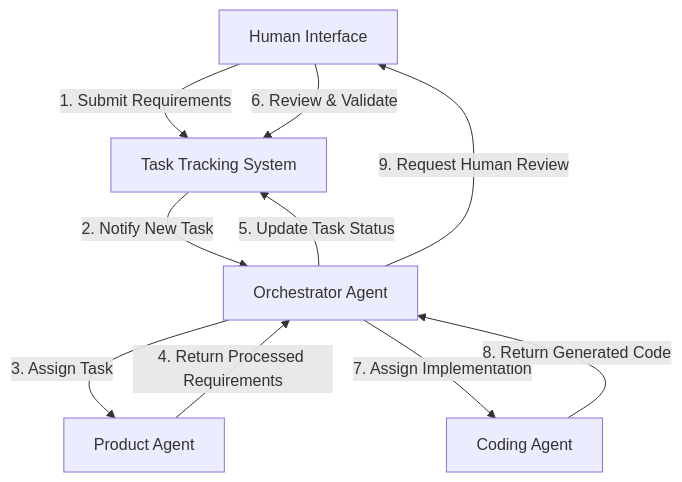
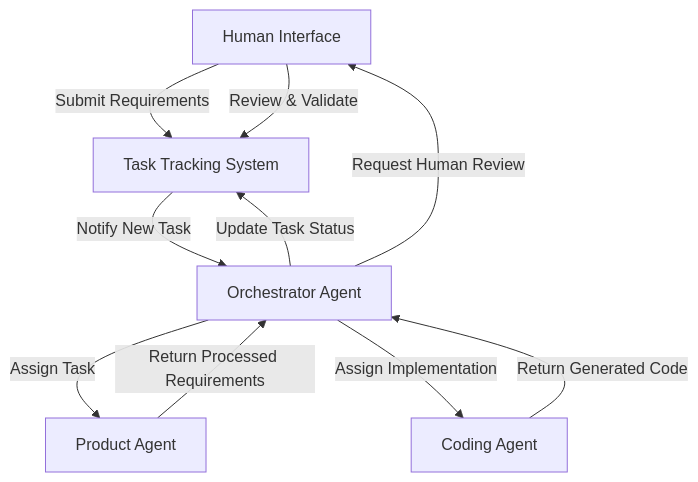
Before and after one commit to kgatilin/aihive: the first of 3 diagrams in docs/arch/component_architecture.md, drawn with Mermaid.

Commit message:
Remove numbers from mermaid diagram labels to fix rendering issues

````diff
--- a/docs/arch/component_architecture.md
+++ b/docs/arch/component_architecture.md
@@ -11,18 +11,18 @@
 ```mermaid
 graph TD
     HI[Human Interface]
     TTS[Task Tracking System]
     OA[Orchestrator Agent]
     PA[Product Agent]
     CA[Coding Agent]
     
-    HI -->|1. Submit Requirements| TTS
-    TTS -->|2. Notify New Task| OA
-    OA -->|3. Assign Task| PA
-    PA -->|4. Return Processed Requirements| OA
-    OA -->|5. Update Task Status| TTS
-    HI -->|6. Review & Validate| TTS
-    OA -->|7. Assign Implementation| CA
-    CA -->|8. Return Generated Code| OA
-    OA -->|9. Request Human Review| HI
+    HI -->|Submit Requirements| TTS
+    TTS -->|Notify New Task| OA
+    OA -->|Assign Task| PA
+    PA -->|Return Processed Requirements| OA
+    OA -->|Update Task Status| TTS
+    HI -->|Review & Validate| TTS
+    OA -->|Assign Implementation| CA
+    CA -->|Return Generated Code| OA
+    OA -->|Request Human Review| HI
 ```
````
